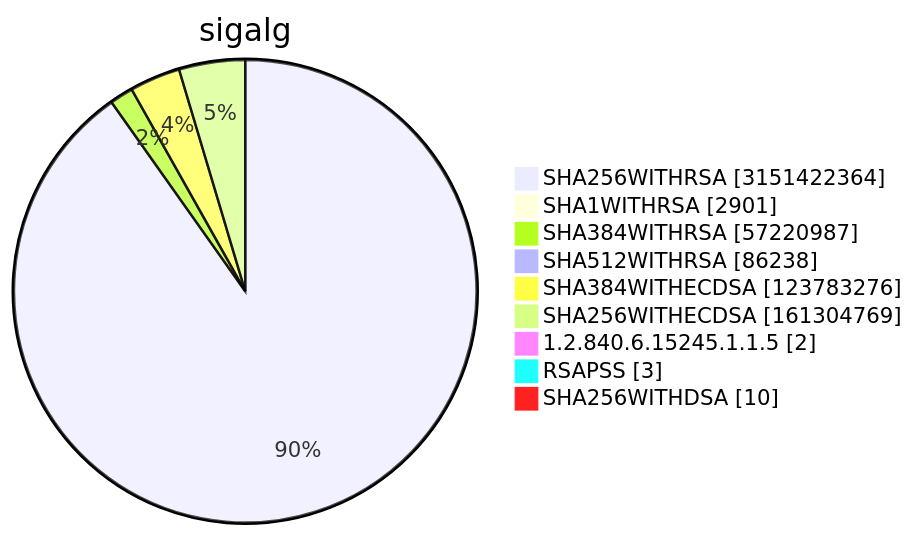
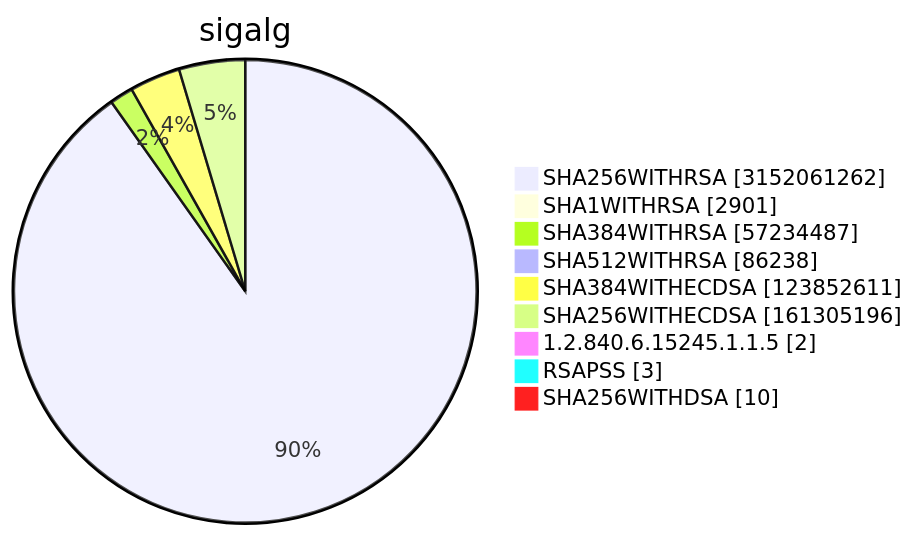
Before and after one commit to christiankrug/ctmonitor_visualization: diagram 15 of 15 in TOTAL/README.md, drawn with Mermaid. The commit also changed other lines of this file, not shown here.

````diff
--- a/TOTAL/README.md
+++ b/TOTAL/README.md
@@ -6213,13 +6213,13 @@
 ```mermaid
 pie showData
 title sigalg
-"SHA256WITHRSA" :3151422364
+"SHA256WITHRSA" :3152061262
 "SHA1WITHRSA" :2901
-"SHA384WITHRSA" :57220987
+"SHA384WITHRSA" :57234487
 "SHA512WITHRSA" :86238
-"SHA384WITHECDSA" :123783276
-"SHA256WITHECDSA" :161304769
+"SHA384WITHECDSA" :123852611
+"SHA256WITHECDSA" :161305196
 "1.2.840.6.15245.1.1.5" :2
 "RSAPSS" :3
 "SHA256WITHDSA" :10
 ```
````
